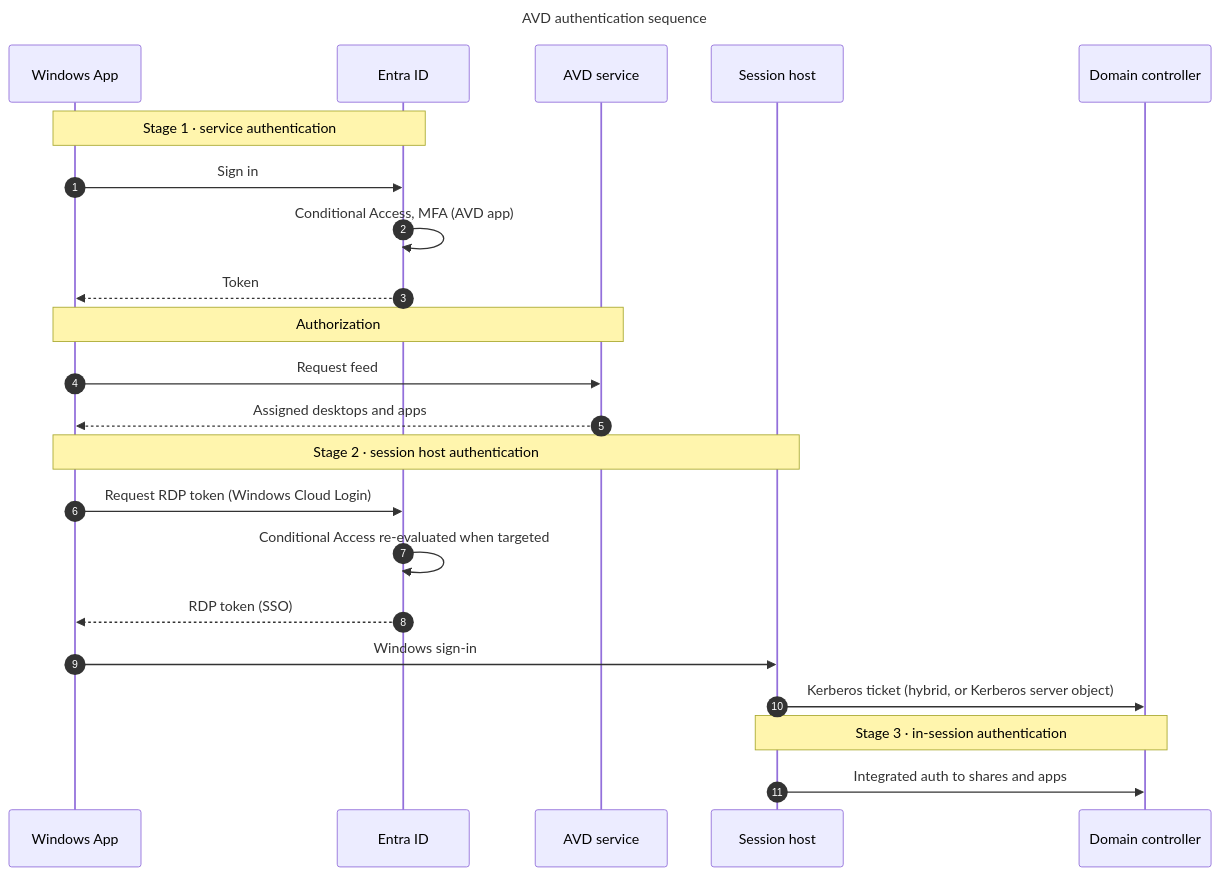
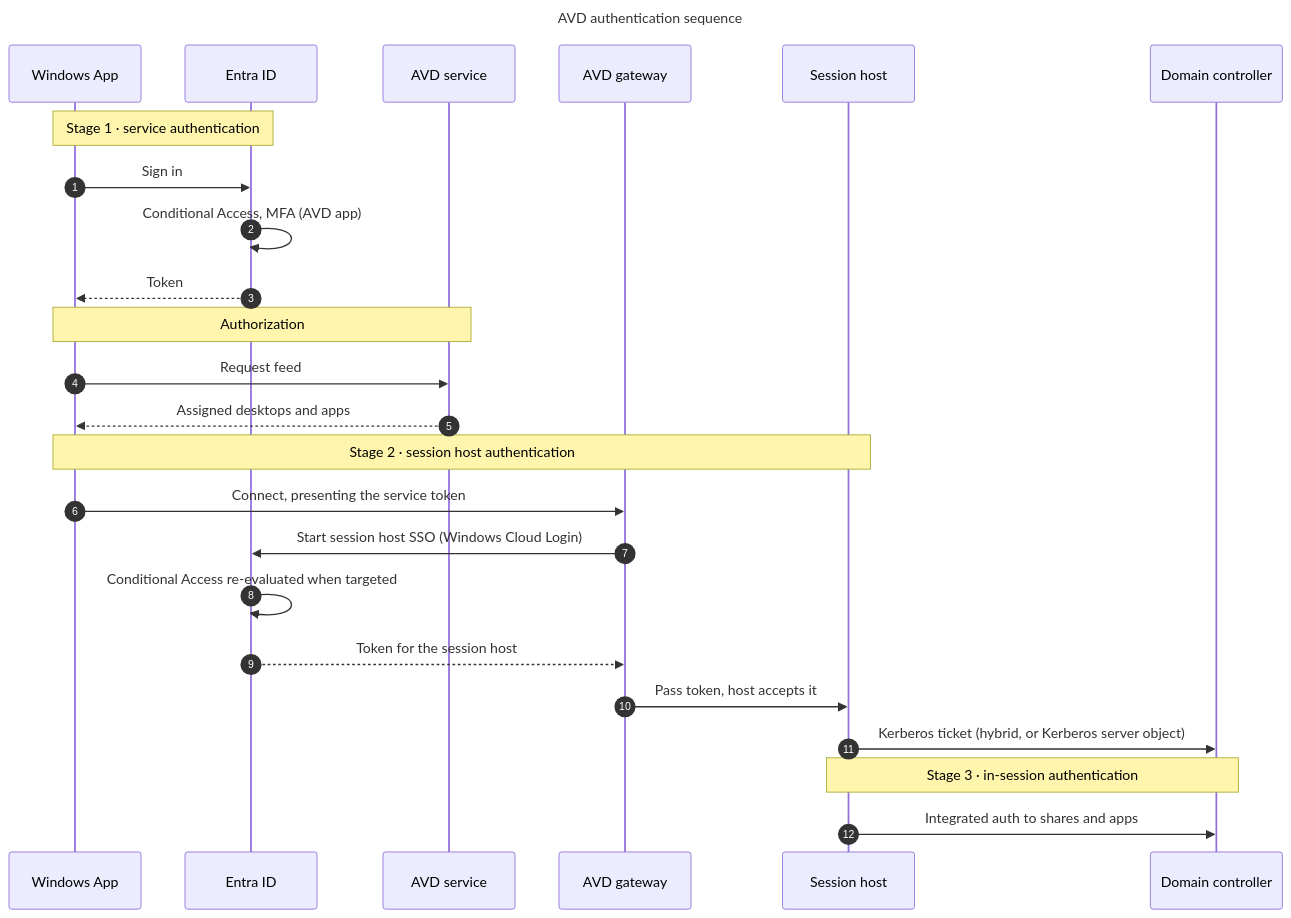
Before and after one commit to AddySidd27/azure-virtual-desktop-architect: the diagram in chapters/ch08-authentication-flows-in-detail.md, drawn with Mermaid. The commit also changed other lines of this file and 50 other files, not shown here.

````diff
--- a/chapters/ch08-authentication-flows-in-detail.md
+++ b/chapters/ch08-authentication-flows-in-detail.md
@@ -56,31 +56,33 @@
 ```mermaid
 ---
 title: AVD authentication sequence
 ---
 sequenceDiagram
     autonumber
     participant U as Windows App
     participant E as Entra ID
     participant S as AVD service
+    participant G as AVD gateway
     participant H as Session host
     participant K as Domain controller
 
     Note over U,E: Stage 1 · service authentication
     U->>E: Sign in
     E->>E: Conditional Access, MFA (AVD app)
     E-->>U: Token
 
     Note over U,S: Authorization
     U->>S: Request feed
     S-->>U: Assigned desktops and apps
 
     Note over U,H: Stage 2 · session host authentication
-    U->>E: Request RDP token (Windows Cloud Login)
+    U->>G: Connect, presenting the service token
+    G->>E: Start session host SSO (Windows Cloud Login)
     E->>E: Conditional Access re-evaluated when targeted
-    E-->>U: RDP token (SSO)
-    U->>H: Windows sign-in
+    E-->>G: Token for the session host
+    G->>H: Pass token, host accepts it
     H->>K: Kerberos ticket (hybrid, or Kerberos server object)
 
     Note over H,K: Stage 3 · in-session authentication
     H->>K: Integrated auth to shares and apps
 ```
````
